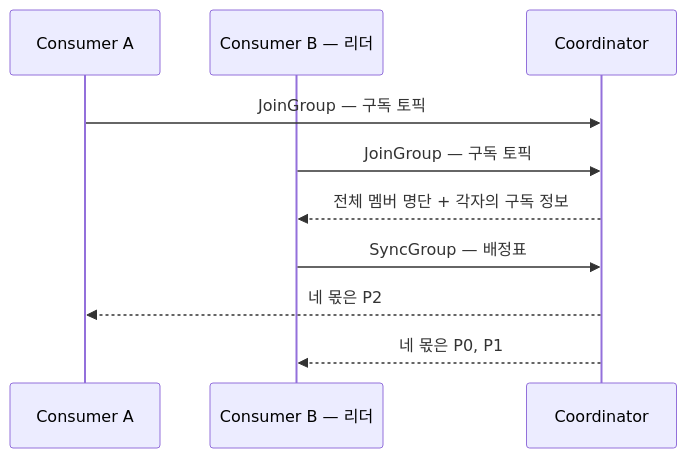
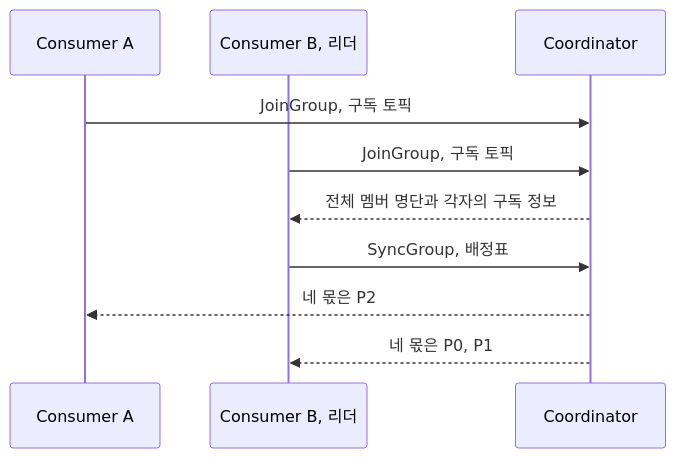
One commit to jamin12/jamin12.github.io changed the first of 2 diagrams in src/posts/개념-정리/kafka-consumer-rebalance-protocol.md. Above: the diagram before and after it, drawn with Mermaid. The commit also changed other lines of this file and 7 other files, not shown here.

````diff
--- a/src/posts/개념-정리/kafka-consumer-rebalance-protocol.md
+++ b/src/posts/개념-정리/kafka-consumer-rebalance-protocol.md
@@ -27,12 +28,12 @@
 ```mermaid
 sequenceDiagram
     participant A as Consumer A
-    participant B as Consumer B — 리더
+    participant B as Consumer B, 리더
     participant C as Coordinator
-    A->>C: JoinGroup — 구독 토픽
-    B->>C: JoinGroup — 구독 토픽
-    C-->>B: 전체 멤버 명단 + 각자의 구독 정보
-    B->>C: SyncGroup — 배정표
+    A->>C: JoinGroup, 구독 토픽
+    B->>C: JoinGroup, 구독 토픽
+    C-->>B: 전체 멤버 명단과 각자의 구독 정보
+    B->>C: SyncGroup, 배정표
     C-->>A: 네 몫은 P2
     C-->>B: 네 몫은 P0, P1
 ```
````
